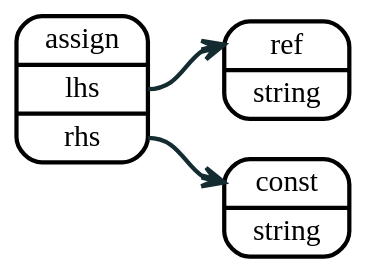
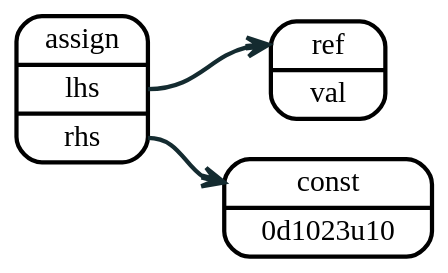
Before and after one commit to sakshi15108/lnast-doc: the diagram in source/graphviz/assign_trivial_constant.dot, drawn with Graphviz. The commit also changed 5 other files, not shown here.

```diff
--- a/source/graphviz/assign_trivial_constant.dot
+++ b/source/graphviz/assign_trivial_constant.dot
@@ -1,15 +1,15 @@
 digraph assign {
   rankdir=LR
   bgcolor="transparent"
 
   node [shape=record, style="rounded", penwidth = 2];
   edge [color="#142b30", arrowhead="vee", penwidth = 2];
 
 
   node0 [label = "<a> assign | <l> lhs  | <r> rhs"];
-  node1 [label = "<a> ref   | <l> string"];
-  node2 [label = "<a> const | <l> string"];
+  node1 [label = "<a> ref   | <l> val"];
+  node2 [label = "<a> const | <l> 0d1023u10"];
 
   node0:l -> node1:a;
   node0:r -> node2:a;
 }
```
